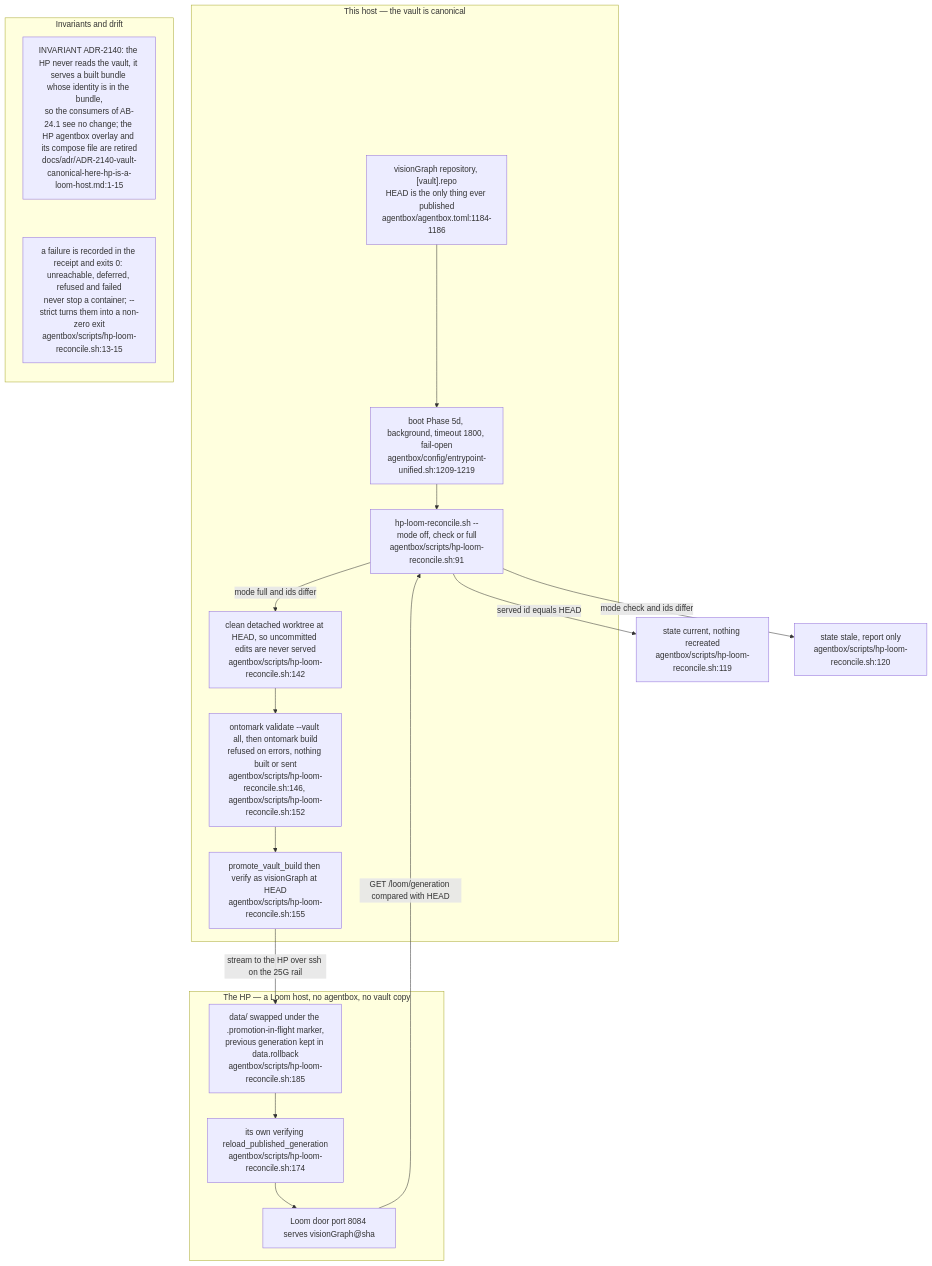
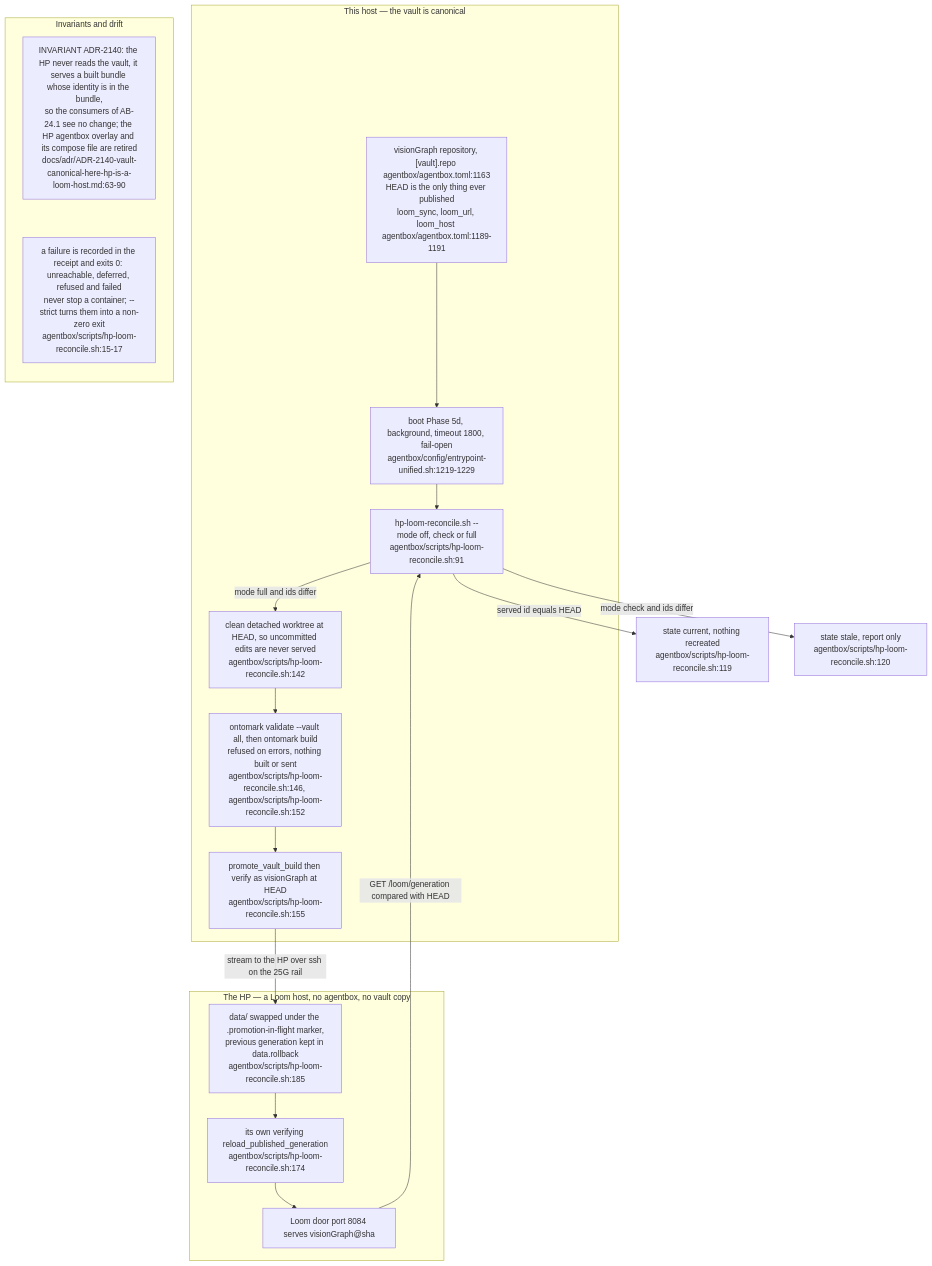
Diagram 14 of 14 in docs/diagrams/agentbox/24-loom-facade.md (DreamLab-AI/VisionFlow), drawn with Mermaid before and after one commit. The commit also changed other lines of this file and 173 other files, not shown here.

First line of the commit message:
docs(audit): estate audit wave 3, agentbox and VisionClaw; ledger complete

````diff
--- a/docs/diagrams/agentbox/24-loom-facade.md
+++ b/docs/diagrams/agentbox/24-loom-facade.md
@@ -525,28 +527,28 @@
 ```mermaid
 flowchart TB
     subgraph here["This host — the vault is canonical"]
-        VAULT["visionGraph repository, [vault].repo<br/>HEAD is the only thing ever published<br/>agentbox/agentbox.toml:1184-1186"]
-        BOOT["boot Phase 5d, background, timeout 1800, fail-open<br/>agentbox/config/entrypoint-unified.sh:1209-1219"]
+        VAULT["visionGraph repository, [vault].repo agentbox/agentbox.toml:1163<br/>HEAD is the only thing ever published<br/>loom_sync, loom_url, loom_host agentbox/agentbox.toml:1189-1191"]
+        BOOT["boot Phase 5d, background, timeout 1800, fail-open<br/>agentbox/config/entrypoint-unified.sh:1219-1229"]
         REC["hp-loom-reconcile.sh --mode off, check or full<br/>agentbox/scripts/hp-loom-reconcile.sh:91"]
         WT["clean detached worktree at HEAD, so uncommitted edits are never served<br/>agentbox/scripts/hp-loom-reconcile.sh:142"]
         VAL["ontomark validate --vault all, then ontomark build<br/>refused on errors, nothing built or sent<br/>agentbox/scripts/hp-loom-reconcile.sh:146, agentbox/scripts/hp-loom-reconcile.sh:152"]
         PRO["promote_vault_build then verify as visionGraph at HEAD<br/>agentbox/scripts/hp-loom-reconcile.sh:155"]
     end
     subgraph hp["The HP — a Loom host, no agentbox, no vault copy"]
         DATA["data/ swapped under the .promotion-in-flight marker,<br/>previous generation kept in data.rollback<br/>agentbox/scripts/hp-loom-reconcile.sh:185"]
         RELOAD["its own verifying reload_published_generation<br/>agentbox/scripts/hp-loom-reconcile.sh:174"]
         DOOR["Loom door port 8084 serves visionGraph@sha"]
     end
     VAULT --> BOOT --> REC
     REC -->|"served id equals HEAD"| CUR["state current, nothing recreated<br/>agentbox/scripts/hp-loom-reconcile.sh:119"]
     REC -->|"mode check and ids differ"| STALE["state stale, report only<br/>agentbox/scripts/hp-loom-reconcile.sh:120"]
     REC -->|"mode full and ids differ"| WT --> VAL --> PRO
     PRO -->|"stream to the HP over ssh on the 25G rail"| DATA --> RELOAD --> DOOR
     DOOR -->|"GET /loom/generation compared with HEAD"| REC
     subgraph notes["Invariants and drift"]
         direction TB
-        N1["INVARIANT ADR-2140: the HP never reads the vault, it serves a built bundle whose identity is in the bundle,<br/>so the consumers of AB-24.1 see no change; the HP agentbox overlay and its compose file are retired<br/>docs/adr/ADR-2140-vault-canonical-here-hp-is-a-loom-host.md:1-15"]
-        N2["a failure is recorded in the receipt and exits 0: unreachable, deferred, refused and failed<br/>never stop a container; --strict turns them into a non-zero exit<br/>agentbox/scripts/hp-loom-reconcile.sh:13-15"]
+        N1["INVARIANT ADR-2140: the HP never reads the vault, it serves a built bundle whose identity is in the bundle,<br/>so the consumers of AB-24.1 see no change; the HP agentbox overlay and its compose file are retired<br/>docs/adr/ADR-2140-vault-canonical-here-hp-is-a-loom-host.md:63-90"]
+        N2["a failure is recorded in the receipt and exits 0: unreachable, deferred, refused and failed<br/>never stop a container; --strict turns them into a non-zero exit<br/>agentbox/scripts/hp-loom-reconcile.sh:15-17"]
         N1 ~~~ N2
     end
 ```
````
